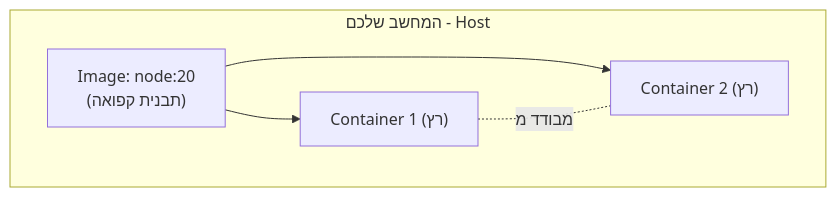
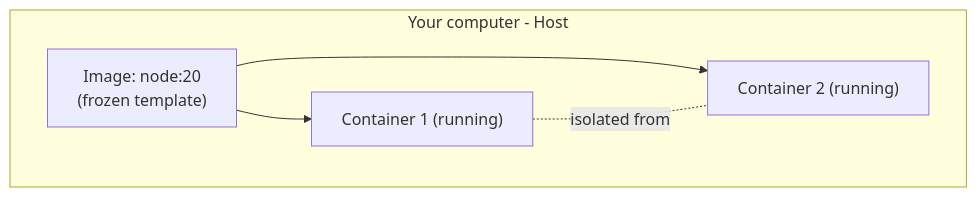
The diagram in content/docs/docker/54-docker-basics-content.md (neriyaMalachi/FullStack_kodkode_5), drawn with Mermaid before and after one commit. The commit also changed other lines of this file and 117 other files, not shown here.

````diff
--- a/content/docs/docker/54-docker-basics-content.md
+++ b/content/docs/docker/54-docker-basics-content.md
@@ -39,10 +39,10 @@
 ```mermaid
 flowchart TB
-    subgraph Host["המחשב שלכם - Host"]
+    subgraph Host["Your computer - Host"]
         Image["Image: node:20
-        (תבנית קפואה)"]
-        Image --> C1["Container 1 (רץ)"]
-        Image --> C2["Container 2 (רץ)"]
-        C1 -.מבודד מ.- C2
+        (frozen template)"]
+        Image --> C1["Container 1 (running)"]
+        Image --> C2["Container 2 (running)"]
+        C1 -.isolated from.- C2
     end
 ```
````
